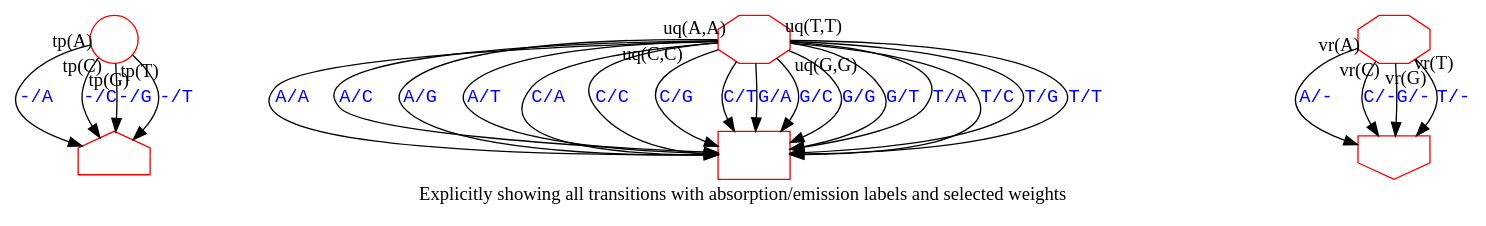
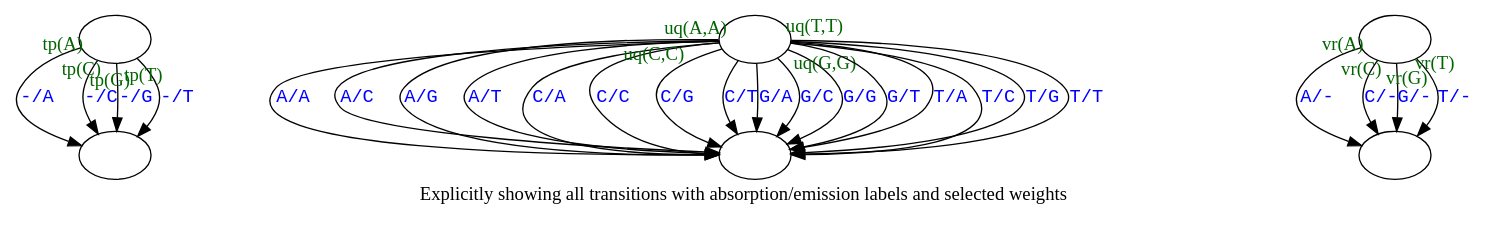
The diagram in fanned-emission.dot (ihh/transducer-tutorial), drawn with Graphviz before and after one commit. The commit also changed 2 other files, not shown here.

Commit message:
Improved fanned-* diagrams

```diff
--- a/fanned-emission.dot
+++ b/fanned-emission.dot
@@ -1,45 +1,45 @@
 digraph G {
 
-    S [label="", shape=circle, color=red];
+    S [label=""];
 
-    I [label="", shape=house, color=red];
+    I [label=""];
 
-    W [label="", shape=octagon, color=red, ordering="out"];
-    X [label="", shape=octagon, color=red];
+    W [label="", ordering="out"];
+    X [label=""];
 
-    M [label="", shape=rect, color=red];
+    M [label=""];
 
-    D [label="", shape=invhouse, color=red];
+    D [label=""];
 
-S->I [label="-/A" taillabel="tp(A)" labeldistance=1.4 fontcolor="blue" labelfontcolor="black" fontname="Courier" labelfontname="Times"];
-S->I [label="-/C" taillabel="tp(C)" labeldistance=1.4 fontcolor="blue" labelfontcolor="black" fontname="Courier" labelfontname="Times"];
-S->I [label="-/G" taillabel="tp(G)" labeldistance=1.4 fontcolor="blue" labelfontcolor="black" fontname="Courier" labelfontname="Times"];
-S->I [label="-/T" taillabel="tp(T)" labeldistance=1.4 fontcolor="blue" labelfontcolor="black" fontname="Courier" labelfontname="Times"];
+S->I [label="-/A" taillabel="tp(A)" labeldistance=1.4 fontcolor="blue" labelfontcolor="black" fontname="Courier" labelfontname="Times" labelfontcolor="darkgreen"];
+S->I [label="-/C" taillabel="tp(C)" labeldistance=1.4 fontcolor="blue" labelfontcolor="black" fontname="Courier" labelfontname="Times" labelfontcolor="darkgreen"];
+S->I [label="-/G" taillabel="tp(G)" labeldistance=1.4 fontcolor="blue" labelfontcolor="black" fontname="Courier" labelfontname="Times" labelfontcolor="darkgreen"];
+S->I [label="-/T" taillabel="tp(T)" labeldistance=1.4 fontcolor="blue" labelfontcolor="black" fontname="Courier" labelfontname="Times" labelfontcolor="darkgreen"];
 
-X->D [label="A/-" taillabel="vr(A)" labeldistance=1.4 fontcolor="blue" labelfontcolor="black" fontname="Courier" labelfontname="Times"];
-X->D [label="C/-" taillabel="vr(C)" labeldistance=1.4 fontcolor="blue" labelfontcolor="black" fontname="Courier" labelfontname="Times"];
-X->D [label="G/-" taillabel="vr(G)" labelangle=30 labeldistance=1.4 fontcolor="blue" labelfontcolor="black" fontname="Courier" labelfontname="Times"];
-X->D [label="T/-" taillabel="vr(T)" labelangle=30 labeldistance=1.4 fontcolor="blue" labelfontcolor="black" fontname="Courier" labelfontname="Times"];
+X->D [label="A/-" taillabel="vr(A)" labeldistance=1.4 fontcolor="blue" labelfontcolor="black" fontname="Courier" labelfontname="Times" labelfontcolor="darkgreen"];
+X->D [label="C/-" taillabel="vr(C)" labeldistance=1.4 fontcolor="blue" labelfontcolor="black" fontname="Courier" labelfontname="Times" labelfontcolor="darkgreen"];
+X->D [label="G/-" taillabel="vr(G)" labelangle=30 labeldistance=1.4 fontcolor="blue" labelfontcolor="black" fontname="Courier" labelfontname="Times" labelfontcolor="darkgreen"];
+X->D [label="T/-" taillabel="vr(T)" labelangle=30 labeldistance=1.4 fontcolor="blue" labelfontcolor="black" fontname="Courier" labelfontname="Times" labelfontcolor="darkgreen"];
 
-W->M [label="A/A" taillabel="uq(A,A)" labelangle=330 labeldistance=2 fontcolor="blue" labelfontcolor="black" fontname="Courier" labelfontname="Times"];
+W->M [label="A/A" taillabel="uq(A,A)" labelangle=330 labeldistance=2 fontcolor="blue" labelfontcolor="black" fontname="Courier" labelfontname="Times" labelfontcolor="darkgreen"];
 W->M [label="A/C" fontcolor="blue" fontname="Courier"];
 W->M [label="A/G" fontcolor="blue" fontname="Courier"];
 W->M [label="A/T" fontcolor="blue" fontname="Courier"];
 
 W->M [label="C/A" fontcolor="blue" fontname="Courier"];
-W->M [label="C/C" taillabel="uq(C,C)" labelangle=5 labeldistance=5 fontcolor="blue" labelfontcolor="black" fontname="Courier" labelfontname="Times"];
+W->M [label="C/C" taillabel="uq(C,C)" labelangle=5 labeldistance=5 fontcolor="blue" labelfontcolor="black" fontname="Courier" labelfontname="Times" labelfontcolor="darkgreen"];
 W->M [label="C/G" fontcolor="blue" fontname="Courier"];
 W->M [label="C/T" fontcolor="blue" fontname="Courier"];
 
 W->M [label="G/A" fontcolor="blue" fontname="Courier"];
 W->M [label="G/C" fontcolor="blue" fontname="Courier"];
-W->M [label="G/G" taillabel="uq(G,G)" labelangle=0 labeldistance=3 fontcolor="blue" labelfontcolor="black" fontname="Courier" labelfontname="Times"];
+W->M [label="G/G" taillabel="uq(G,G)" labelangle=0 labeldistance=3 fontcolor="blue" labelfontcolor="black" fontname="Courier" labelfontname="Times" labelfontcolor="darkgreen"];
 W->M [label="G/T" fontcolor="blue" fontname="Courier"];
 
 W->M [label="T/A" fontcolor="blue" fontname="Courier"];
 W->M [label="T/C" fontcolor="blue" fontname="Courier"];
 W->M [label="T/G" fontcolor="blue" fontname="Courier"];
-W->M [label="T/T" taillabel="uq(T,T)" labelangle=30 labeldistance=2 fontcolor="blue" labelfontcolor="black" fontname="Courier" labelfontname="Times"];
+W->M [label="T/T" taillabel="uq(T,T)" labelangle=30 labeldistance=2 fontcolor="blue" labelfontcolor="black" fontname="Courier" labelfontname="Times" labelfontcolor="darkgreen"];
 
     label="Explicitly showing all transitions with absorption/emission labels and selected weights";
 }
```
